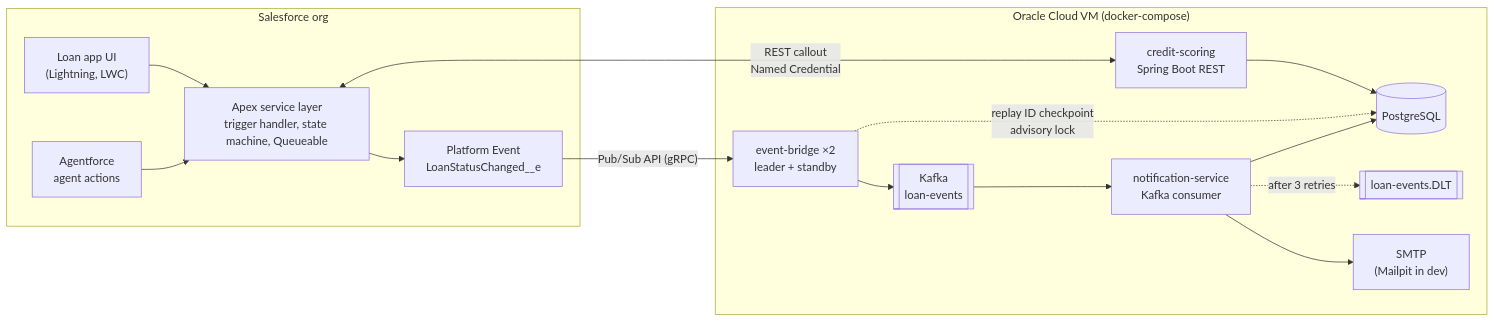
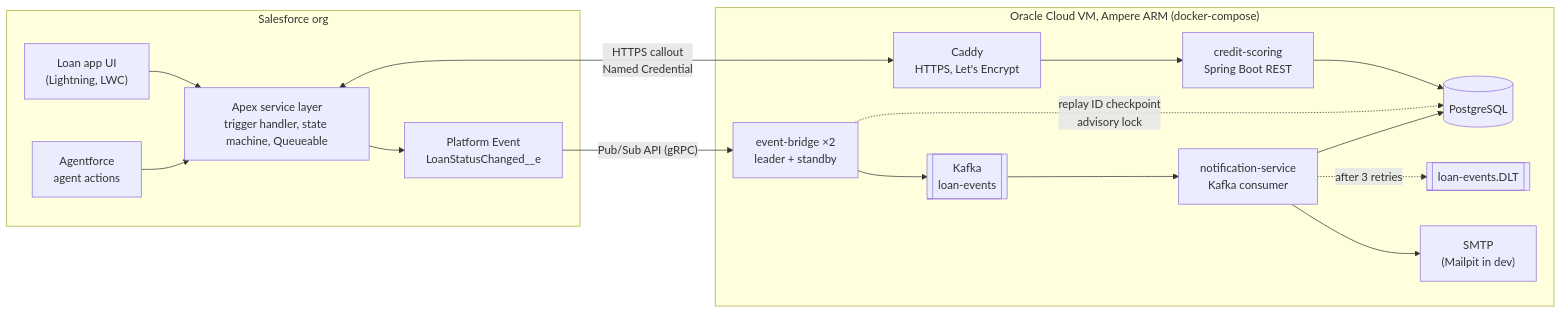
Before and after one commit to cohenerez/loan-origination: the first of 2 diagrams in README.md, drawn with Mermaid. The commit also changed other lines of this file, not shown here.

First line of the commit message:
Document the live Oracle Cloud deployment

````diff
--- a/README.md
+++ b/README.md
@@ -20,31 +20,33 @@
 ```mermaid
 flowchart LR
     subgraph SF["Salesforce org"]
         UI["Loan app UI<br/>(Lightning, LWC)"]
         AG["Agentforce<br/>agent actions"]
         APEX["Apex service layer<br/>trigger handler, state machine, Queueable"]
         PE["Platform Event<br/>LoanStatusChanged__e"]
         UI --> APEX
         AG --> APEX
         APEX --> PE
     end
 
-    subgraph VM["Oracle Cloud VM (docker-compose)"]
+    subgraph VM["Oracle Cloud VM, Ampere ARM (docker-compose)"]
+        CADDY["Caddy<br/>HTTPS, Let's Encrypt"]
         CS["credit-scoring<br/>Spring Boot REST"]
         DB[("PostgreSQL")]
         BR["event-bridge ×2<br/>leader + standby"]
         K[["Kafka<br/>loan-events"]]
         NS["notification-service<br/>Kafka consumer"]
         DLT[["loan-events.DLT"]]
         MAIL["SMTP<br/>(Mailpit in dev)"]
+        CADDY --> CS
         CS --> DB
         BR -. "replay ID checkpoint<br/>advisory lock" .-> DB
         BR --> K --> NS
         NS --> DB
         NS --> MAIL
         NS -. "after 3 retries" .-> DLT
     end
 
-    APEX <-- "REST callout<br/>Named Credential" --> CS
+    APEX <-- "HTTPS callout<br/>Named Credential" --> CADDY
     PE -- "Pub/Sub API (gRPC)" --> BR
 ```
````
